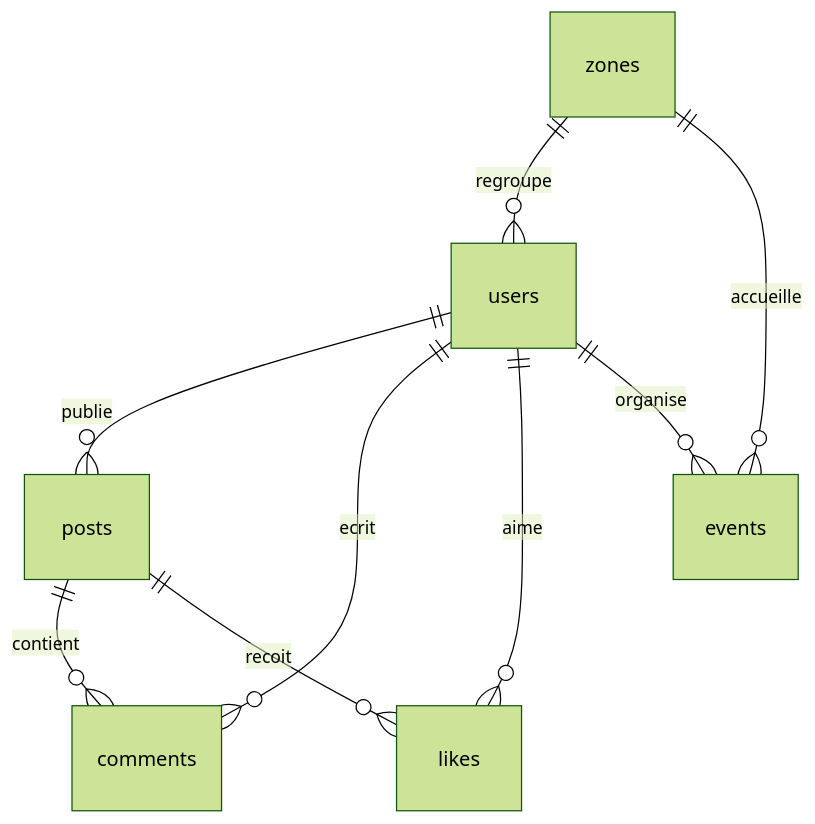
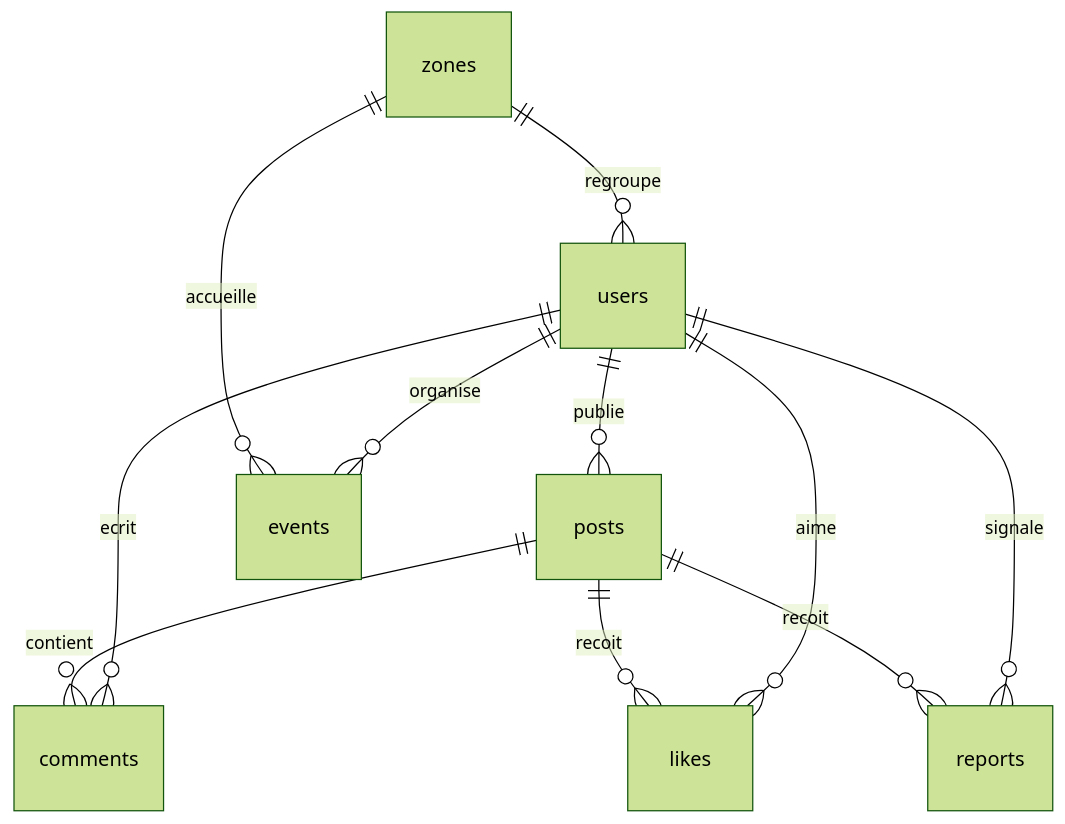
The diagram in docs/DATABASE.md (AbadieThomasPro/Gestion-de-projet), drawn with Mermaid (forest theme) before and after one commit. The commit also changed other lines of this file and 2 other files, not shown here.

First line of the commit message:
feat(database): add reports table [LL-222]

````diff
--- a/docs/DATABASE.md
+++ b/docs/DATABASE.md
@@ -23,11 +23,13 @@
 ```mermaid
 erDiagram
     zones ||--o{ users : regroupe
     users ||--o{ posts : publie
     users ||--o{ comments : ecrit
     posts ||--o{ comments : contient
     users ||--o{ likes : aime
     posts ||--o{ likes : recoit
     users ||--o{ events : organise
     zones ||--o{ events : accueille
+    users ||--o{ reports : signale
+    posts ||--o{ reports : recoit
 ```
````
